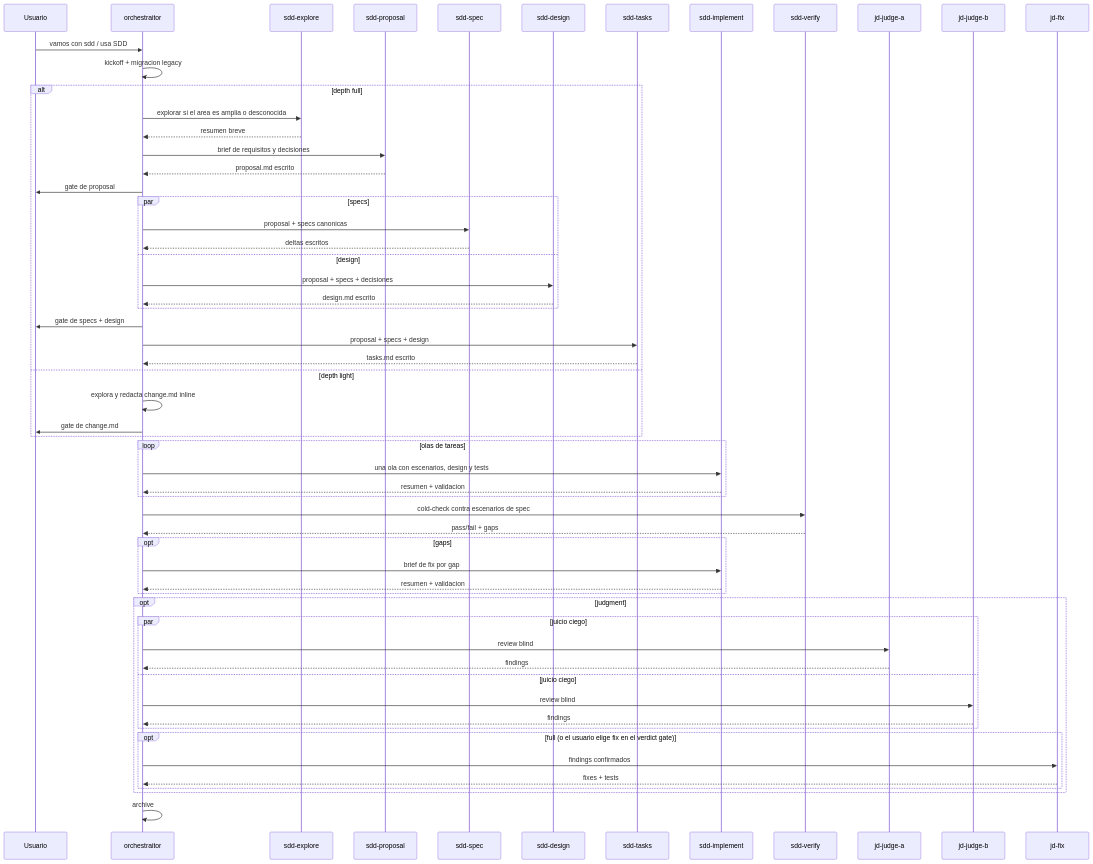
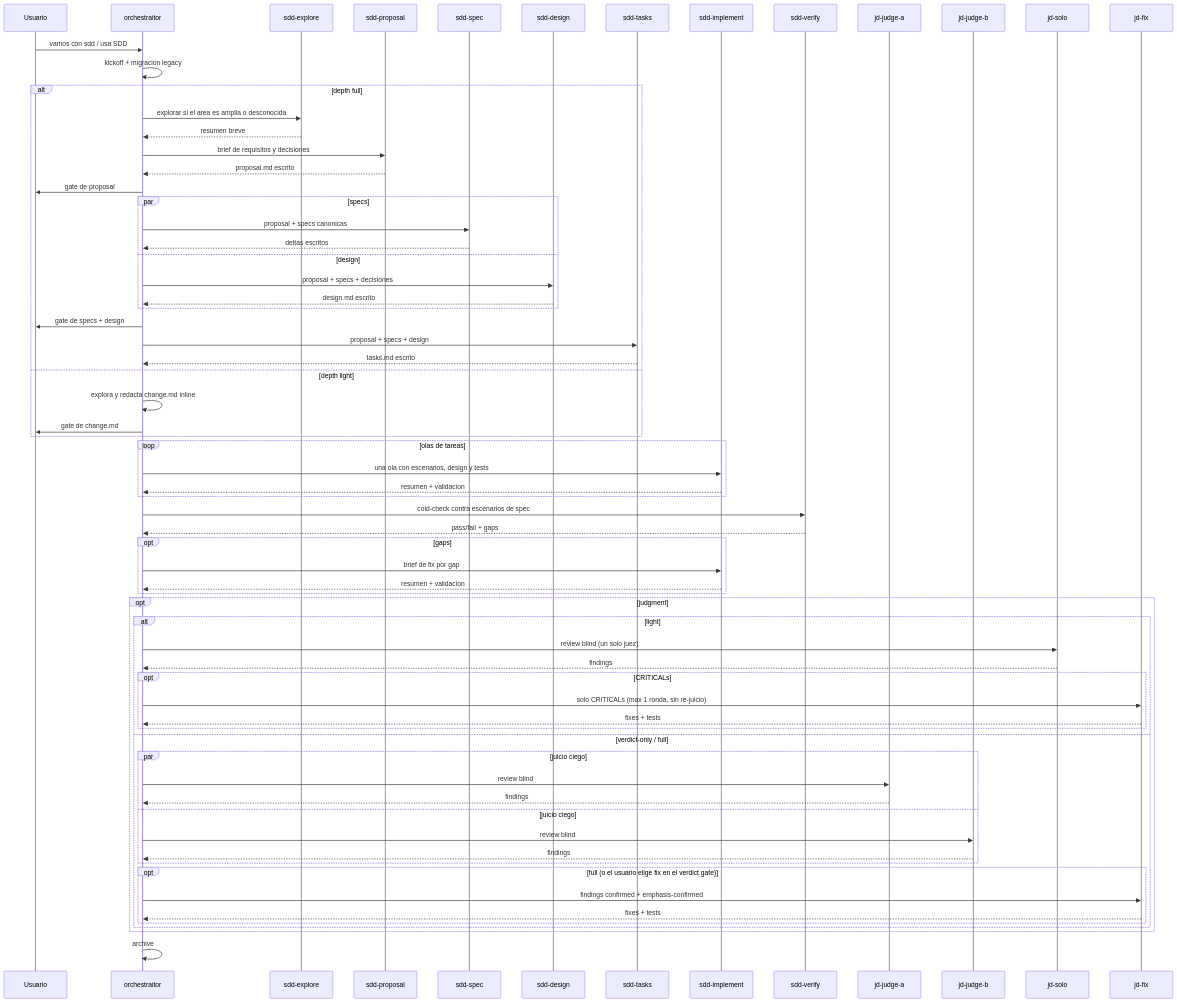
The second of 2 diagrams in domains/sdd/README.md (andresnator/agents-orchestrator), drawn with Mermaid before and after one commit. The commit also changed other lines of this file and 2 other files, not shown here.

Commit message:
feat: add jd-solo judge for light mode in judgment-day protocol and update documentation

````diff
--- a/domains/sdd/README.md
+++ b/domains/sdd/README.md
@@ -51,62 +51,72 @@
 ```mermaid
 sequenceDiagram
   participant U as Usuario
   participant O as orchestraitor
   participant E as sdd-explore
   participant P as sdd-proposal
   participant S as sdd-spec
   participant D as sdd-design
   participant T as sdd-tasks
   participant I as sdd-implement
   participant V as sdd-verify
   participant JA as jd-judge-a
   participant JB as jd-judge-b
+  participant JS as jd-solo
   participant JF as jd-fix
 
   U->>O: vamos con sdd / usa SDD
   O->>O: kickoff + migracion legacy
   alt depth full
     O->>E: explorar si el area es amplia o desconocida
     E-->>O: resumen breve
     O->>P: brief de requisitos y decisiones
     P-->>O: proposal.md escrito
     O->>U: gate de proposal
     par specs
       O->>S: proposal + specs canonicas
       S-->>O: deltas escritos
     and design
       O->>D: proposal + specs + decisiones
       D-->>O: design.md escrito
     end
     O->>U: gate de specs + design
     O->>T: proposal + specs + design
     T-->>O: tasks.md escrito
   else depth light
     O->>O: explora y redacta change.md inline
     O->>U: gate de change.md
   end
   loop olas de tareas
     O->>I: una ola con escenarios, design y tests
     I-->>O: resumen + validacion
   end
   O->>V: cold-check contra escenarios de spec
   V-->>O: pass/fail + gaps
   opt gaps
     O->>I: brief de fix por gap
     I-->>O: resumen + validacion
   end
   opt judgment
-    par juicio ciego
-      O->>JA: review blind
-      JA-->>O: findings
-    and juicio ciego
-      O->>JB: review blind
-      JB-->>O: findings
-    end
-    opt full (o el usuario elige fix en el verdict gate)
-      O->>JF: findings confirmados
-      JF-->>O: fixes + tests
+    alt light
+      O->>JS: review blind (un solo juez)
+      JS-->>O: findings
+      opt CRITICALs
+        O->>JF: solo CRITICALs (max 1 ronda, sin re-juicio)
+        JF-->>O: fixes + tests
+      end
+    else verdict-only / full
+      par juicio ciego
+        O->>JA: review blind
+        JA-->>O: findings
+      and juicio ciego
+        O->>JB: review blind
+        JB-->>O: findings
+      end
+      opt full (o el usuario elige fix en el verdict gate)
+        O->>JF: findings confirmed + emphasis-confirmed
+        JF-->>O: fixes + tests
+      end
     end
   end
   O->>O: archive
 ```
````
